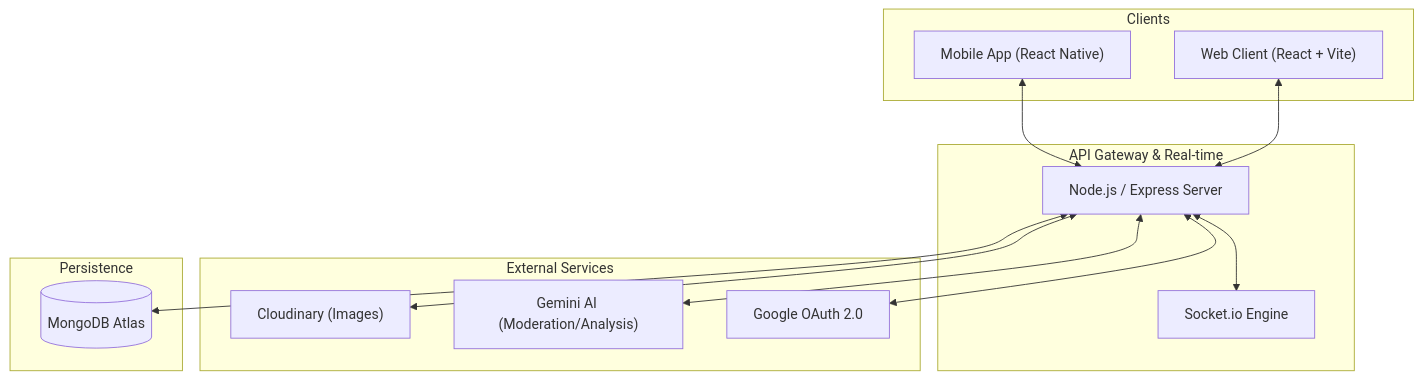
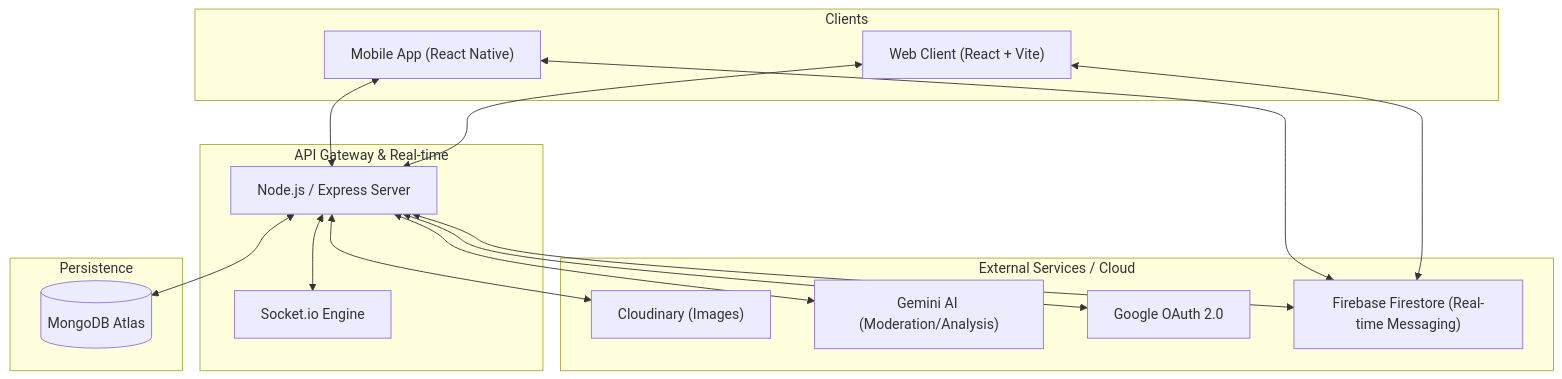
Before and after one commit to PARASMANI-KHUNTE/MyCircle: the first of 3 diagrams in Paras/MyCircle/docs/SYSTEM_DOCUMENTATION.md, drawn with Mermaid. The commit also changed other lines of this file, not shown here.

Commit message:
docs: Update system architecture with Firebase Firestore migration

````diff
--- a/Paras/MyCircle/docs/SYSTEM_DOCUMENTATION.md
+++ b/Paras/MyCircle/docs/SYSTEM_DOCUMENTATION.md
@@ -28,30 +28,34 @@
 ```mermaid
 graph TD
     subgraph "Clients"
         Web["Web Client (React + Vite)"]
         Mobile["Mobile App (React Native)"]
     end
 
     subgraph "API Gateway & Real-time"
         Server["Node.js / Express Server"]
         Socket["Socket.io Engine"]
     end
 
-    subgraph "External Services"
+    subgraph "External Services / Cloud"
         Cld["Cloudinary (Images)"]
         GM["Gemini AI (Moderation/Analysis)"]
         GAuth["Google OAuth 2.0"]
+        FS["Firebase Firestore (Real-time Messaging)"]
     end
 
     subgraph "Persistence"
         DB[(MongoDB Atlas)]
     end
 
     Web <--> Server
     Mobile <--> Server
     Server <--> Socket
     Server <--> DB
     Server <--> Cld
     Server <--> GM
     Server <--> GAuth
+    Server <--> FS
+    Web <--> FS
+    Mobile <--> FS
 ```
````
